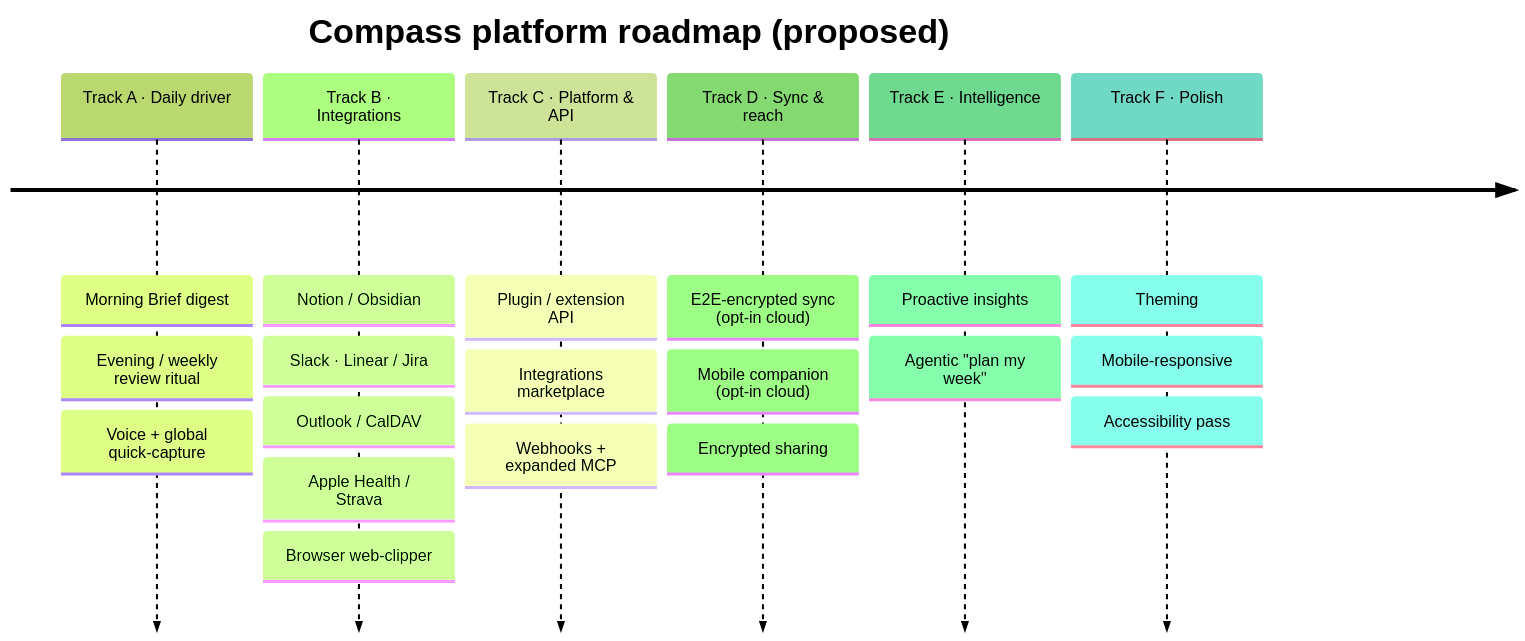
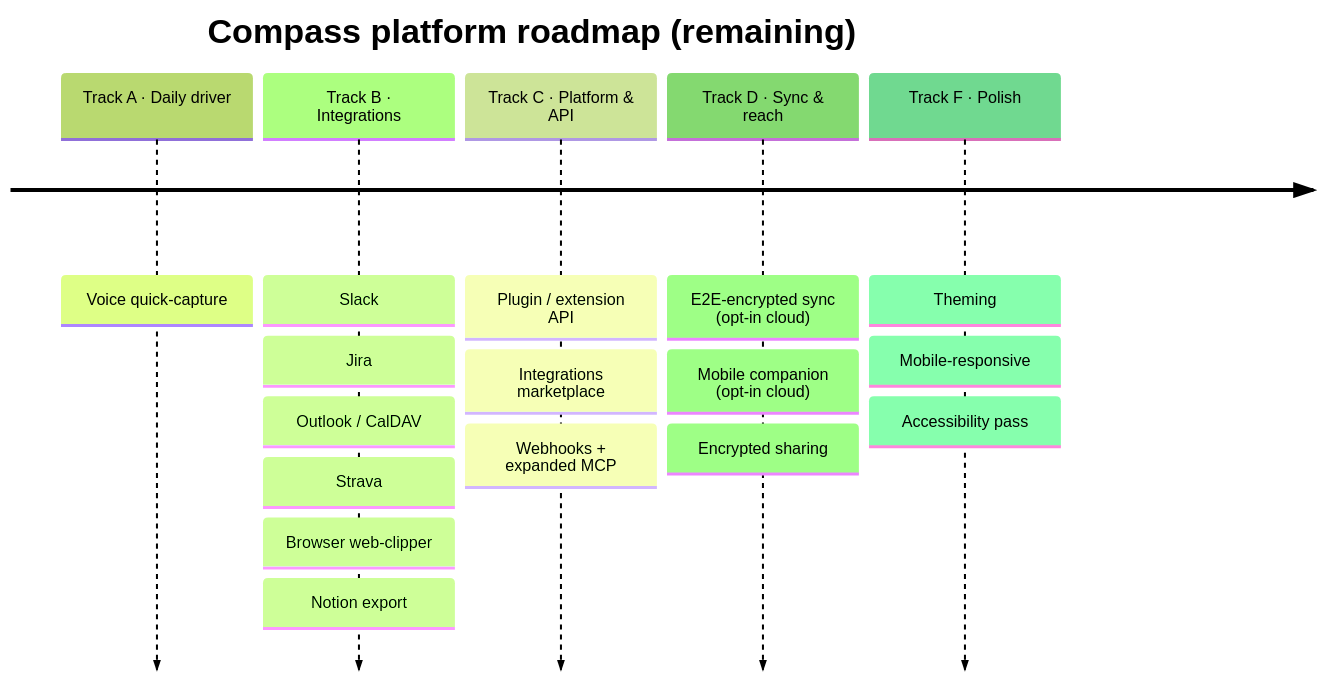
One commit to sandgraal/compass changed the third of 3 diagrams in README.md. Above: the diagram before and after it, drawn with Mermaid (forest theme). The commit also changed other lines of this file and 11 other files, not shown here.

First line of the commit message:
chore: audit-and-fix — prune dead deps, kill doc drift, fix misleading Timeline filters (#226)

````diff
--- a/README.md
+++ b/README.md
@@ -158,10 +162,9 @@
 ```mermaid
 timeline
-  title Compass platform roadmap (proposed)
-  Track A · Daily driver : Morning Brief digest : Evening / weekly review ritual : Voice + global quick-capture
-  Track B · Integrations : Notion / Obsidian : Slack · Linear / Jira : Outlook / CalDAV : Apple Health / Strava : Browser web-clipper
+  title Compass platform roadmap (remaining)
+  Track A · Daily driver : Voice quick-capture
+  Track B · Integrations : Slack : Jira : Outlook / CalDAV : Strava : Browser web-clipper : Notion export
   Track C · Platform & API : Plugin / extension API : Integrations marketplace : Webhooks + expanded MCP
   Track D · Sync & reach : E2E-encrypted sync (opt-in cloud) : Mobile companion (opt-in cloud) : Encrypted sharing
-  Track E · Intelligence : Proactive insights : Agentic "plan my week"
   Track F · Polish : Theming : Mobile-responsive : Accessibility pass
 ```
````
